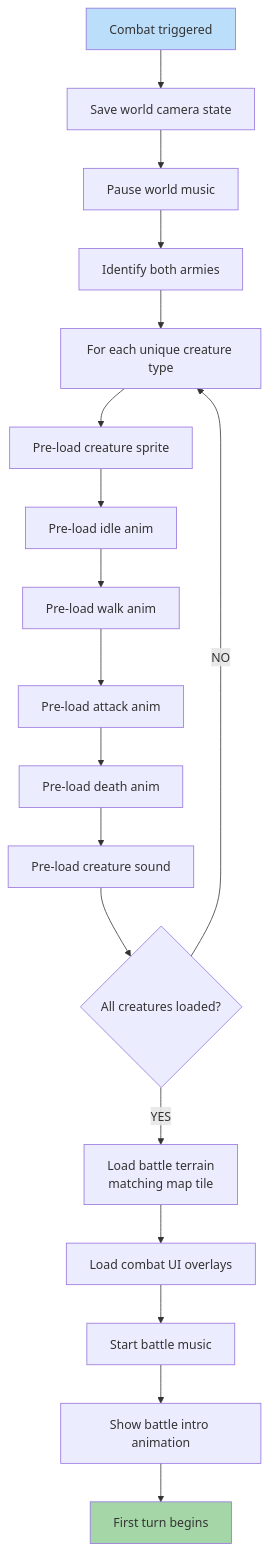
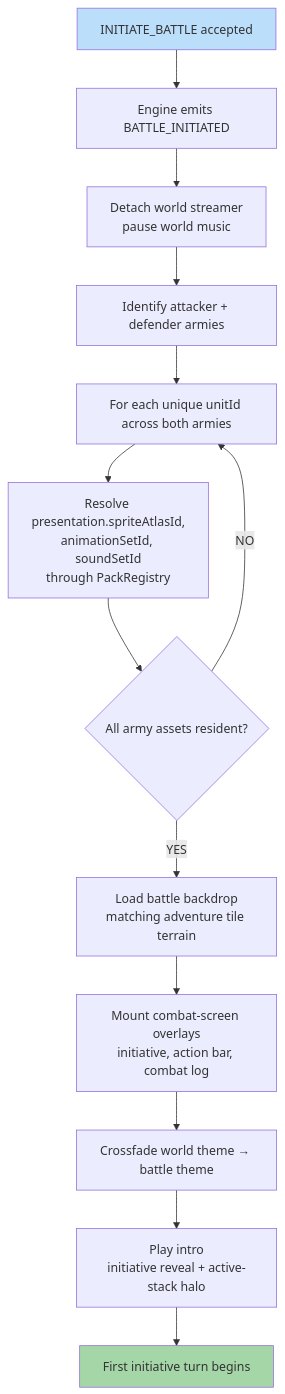
Before and after one commit to SunaNoOshiro/Heroes_Reforged_AI_Realms: the diagram in docs/architecture/diagrams/16-enter-battle.md, drawn with Mermaid. The commit also changed other lines of this file and 518 other files, not shown here.

First line of the commit message:
Add doc-audit skill and sweep architecture/screen docs

````diff
--- a/docs/architecture/diagrams/16-enter-battle.md
+++ b/docs/architecture/diagrams/16-enter-battle.md
@@ -10,22 +47,17 @@
 ```mermaid
 flowchart TD
-    A[Combat triggered] --> B[Save world camera state]
-    B --> C[Pause world music]
-    C --> D[Identify both armies]
-    D --> E[For each unique creature type]
-    E --> F[Pre-load creature sprite]
-    F --> G[Pre-load idle anim]
-    G --> H[Pre-load walk anim]
-    H --> I[Pre-load attack anim]
-    I --> J[Pre-load death anim]
-    J --> K[Pre-load creature sound]
-    K --> L{All creatures loaded?}
-    L -->|NO| E
-    L -->|YES| M[Load battle terrain<br/>matching map tile]
-    M --> N[Load combat UI overlays]
-    N --> O[Start battle music]
-    O --> P[Show battle intro animation]
-    P --> Q[First turn begins]
+    A[INITIATE_BATTLE accepted] --> B[Engine emits BATTLE_INITIATED]
+    B --> C[Detach world streamer<br/>pause world music]
+    C --> D[Identify attacker + defender armies]
+    D --> E[For each unique unitId across both armies]
+    E --> F[Resolve presentation.spriteAtlasId,<br/>animationSetId, soundSetId<br/>through PackRegistry]
+    F --> G{All army assets resident?}
+    G -->|NO| E
+    G -->|YES| H[Load battle backdrop<br/>matching adventure tile terrain]
+    H --> I[Mount combat-screen overlays<br/>initiative, action bar, combat log]
+    I --> J[Crossfade world theme → battle theme]
+    J --> K[Play intro<br/>initiative reveal + active-stack halo]
+    K --> L[First initiative turn begins]
     style A fill:#bbdefb
-    style Q fill:#a5d6a7
+    style L fill:#a5d6a7
 ```
````
